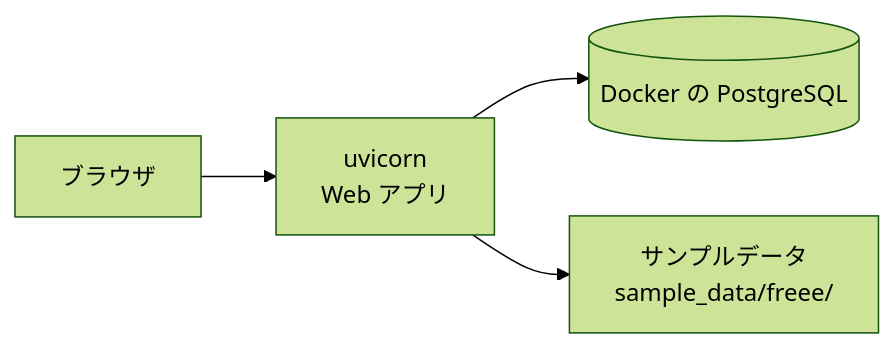
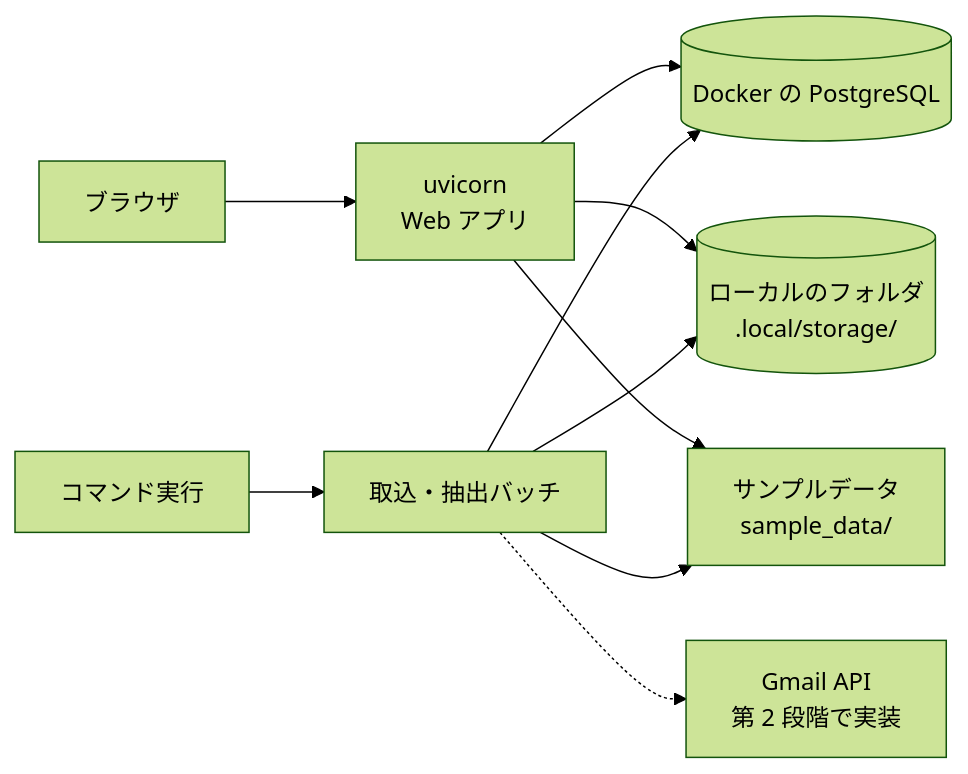
One commit to Sooohei/billing_automation_lab changed the second of 2 diagrams in docs/design/architecture.md. Above: the diagram before and after it, drawn with Mermaid (forest theme). The commit also changed other lines of this file and 2 other files, not shown here.

Commit message:
docs:SR-01 Gmail からの請求書取込・蓄積の設計を作成

````diff
--- a/docs/design/architecture.md
+++ b/docs/design/architecture.md
@@ -45,6 +49,12 @@
 ```mermaid
 flowchart LR
     User[ブラウザ] --> App[uvicorn<br>Web アプリ]
+    Cmd[コマンド実行] --> Batch[取込・抽出バッチ]
     App --> PG[(Docker の PostgreSQL)]
-    App --> Sample[サンプルデータ<br>sample_data/freee/]
+    Batch --> PG
+    App --> Files[(ローカルのフォルダ<br>.local/storage/)]
+    Batch --> Files
+    App --> Sample[サンプルデータ<br>sample_data/]
+    Batch --> Sample
+    Batch -.-> Gmail[Gmail API<br>第 2 段階で実装]
 ```
````
